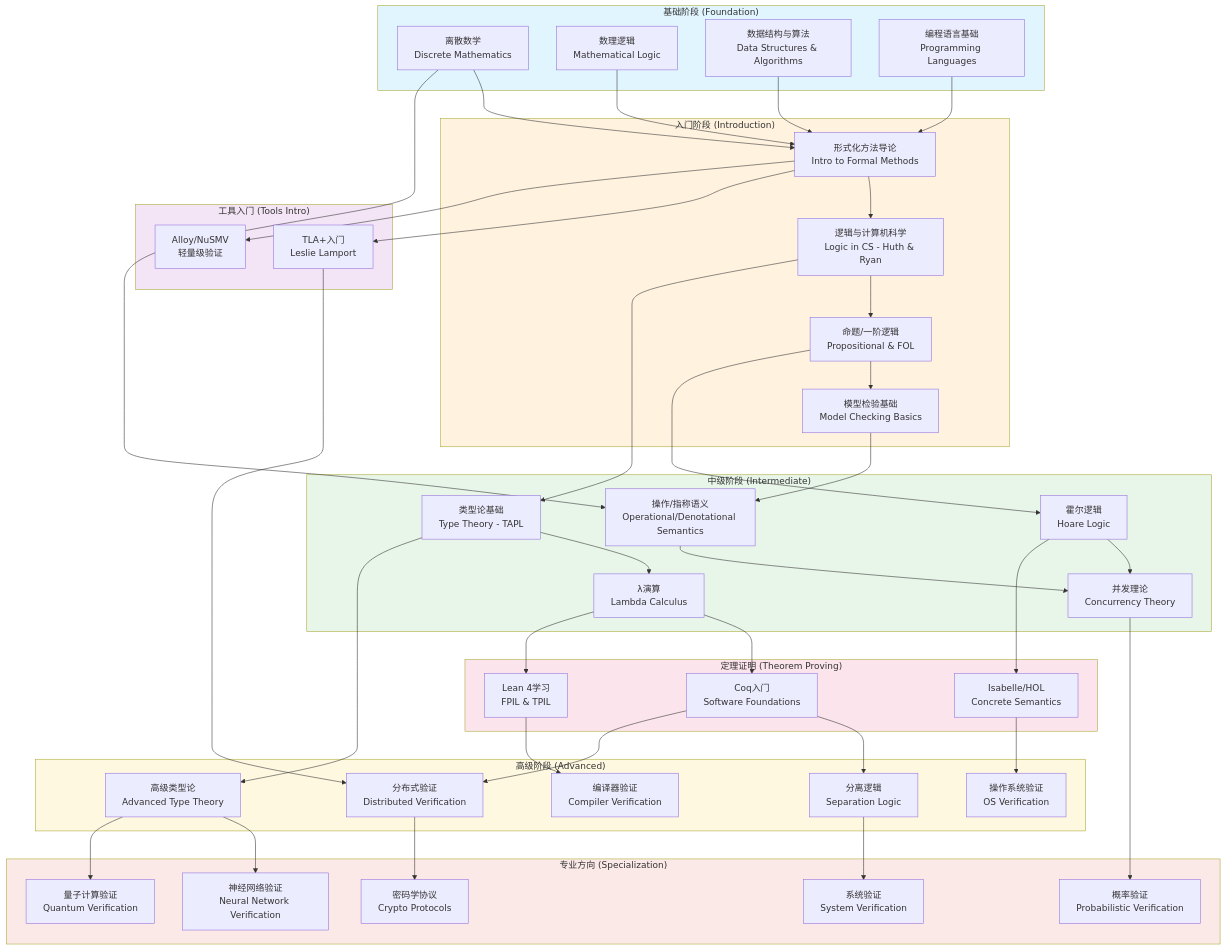
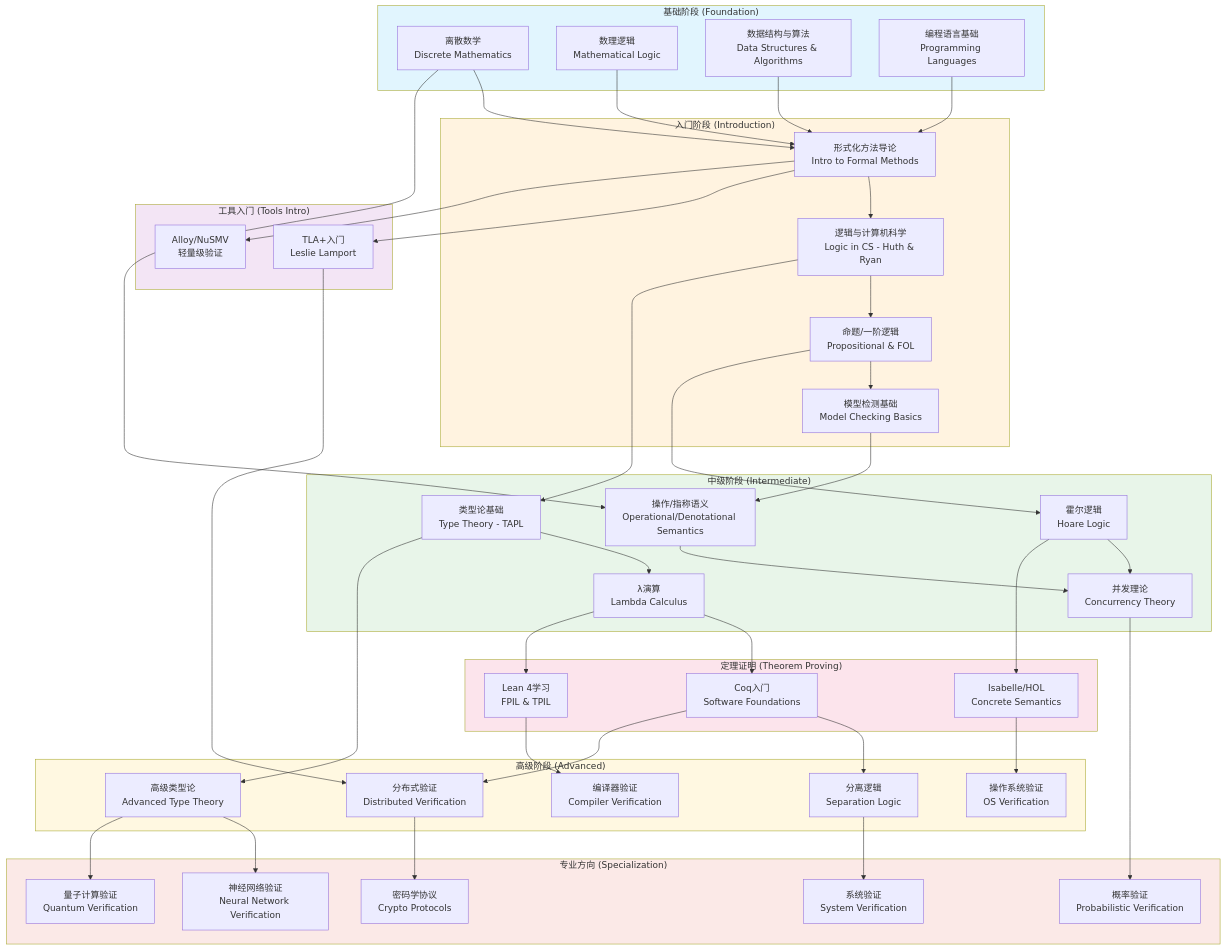
Before and after one commit to AdaMartin18010/AnalysisDataFlow: the first of 2 diagrams in formal-methods/98-appendices/06-educational-resources.md, drawn with Mermaid. The commit also changed other lines of this file and 129 other files, not shown here.

```diff
--- a/formal-methods/98-appendices/06-educational-resources.md
+++ b/formal-methods/98-appendices/06-educational-resources.md
@@ -912,7 +912,7 @@
         B1[形式化方法导论<br/>Intro to Formal Methods]
         B2[逻辑与计算机科学<br/>Logic in CS - Huth & Ryan]
         B3[命题/一阶逻辑<br/>Propositional & FOL]
-        B4[模型检验基础<br/>Model Checking Basics]
+        B4[模型检测基础<br/>Model Checking Basics]
     end
 
     %% 工具入门
```
